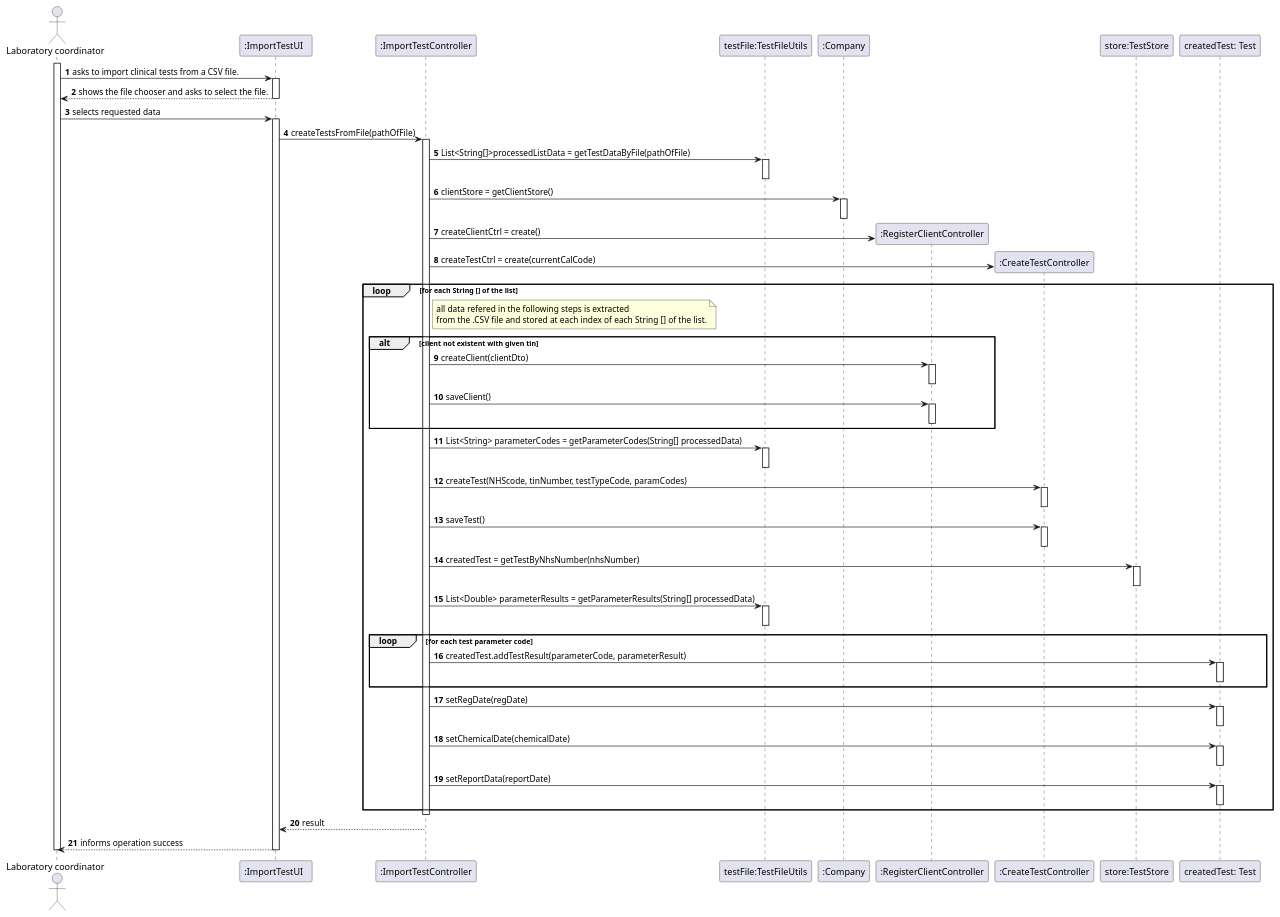
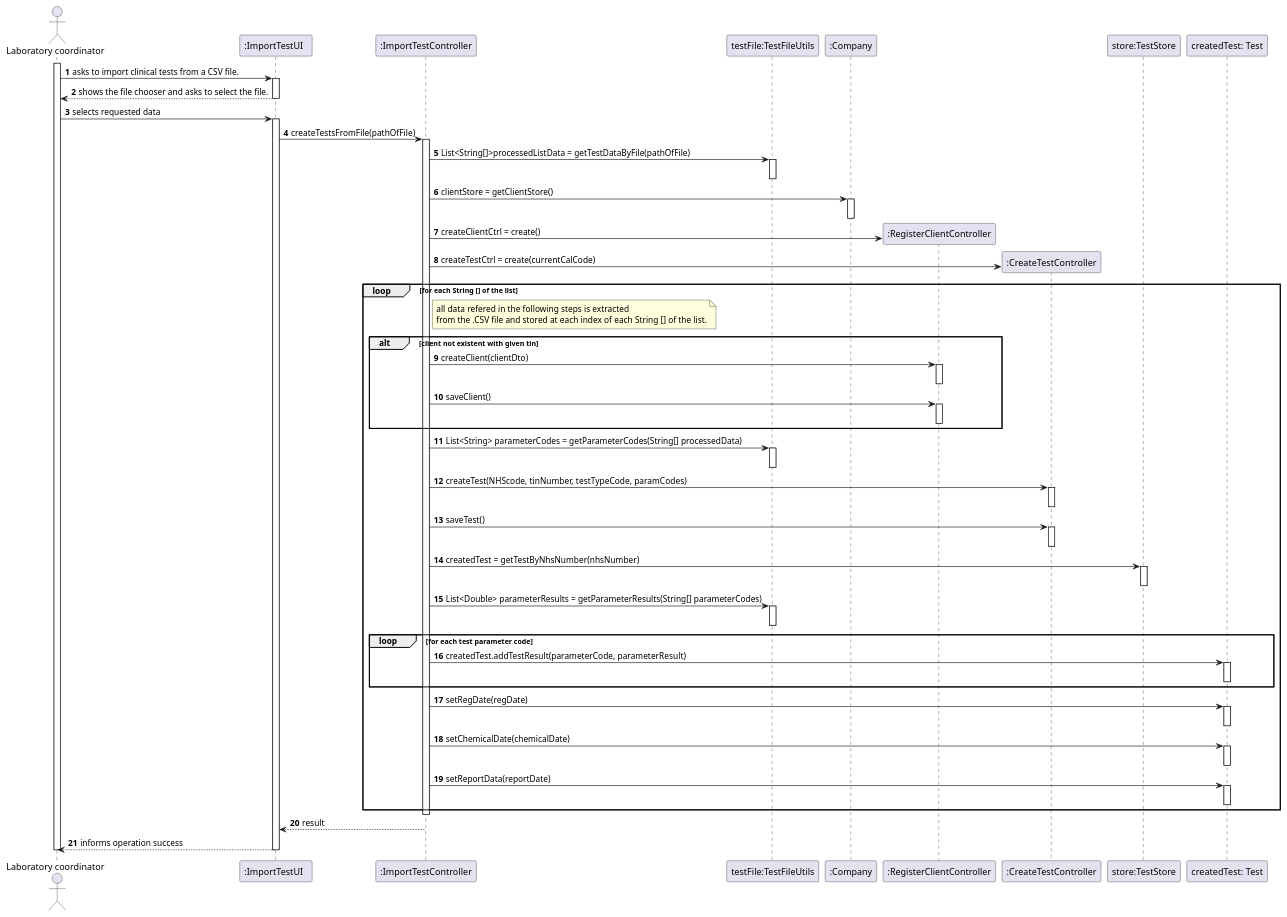
The diagram in docs/SprintD/US_17/US17_SD.puml (ana-albergaria/LAPR2-ISEP), drawn with PlantUML before and after one commit. The commit also changed 16 other files, not shown here.

```diff
--- a/docs/SprintD/US_17/US17_SD.puml
+++ b/docs/SprintD/US_17/US17_SD.puml
@@ -1,121 +1,121 @@
 @startuml
 autonumber
 'hide footbox
 actor "Laboratory coordinator" as ADM
 
 participant ":ImportTestUI  " as UI
 participant ":ImportTestController" as CTRL
 participant "testFile:TestFileUtils" as TST
 participant "List<Test>:" as TST
 participant ":Company" as PLAT
 participant ":RegisterClientController" as CLIENT_CTRL
 participant ":CreateTestController" as ORG
 participant "store:TestStore" as TEST_STORE
 participant "createdTest: Test" as CREATED_TEST
 
 
 activate ADM
 ADM -> UI : asks to import clinical tests from a CSV file.
 activate UI
 
 
 UI --> ADM : shows the file chooser and asks to select the file.
 deactivate UI
 
 
 ADM -> UI : selects requested data
 activate UI
 UI -> CTRL : createTestsFromFile(pathOfFile)
 activate CTRL
 
 CTRL -> TST : List<String[]>processedListData = getTestDataByFile(pathOfFile)
 activate TST
 deactivate TST
 
 /'
 CTRL -> TEST_LIST** : create()
 '/
 
 
 CTRL -> PLAT : clientStore = getClientStore()
 activate PLAT
 deactivate PLAT
 
 CTRL -> CLIENT_CTRL** : createClientCtrl = create()
 
 
 CTRL -> ORG** : createTestCtrl = create(currentCalCode)
 
 
 loop for each String [] of the list
 note right of CTRL: all data refered in the following steps is extracted \nfrom the .CSV file and stored at each index of each String [] of the list.
 
 alt client not existent with given tin
 CTRL -> CLIENT_CTRL : createClient(clientDto)
 activate CLIENT_CTRL
 deactivate CLIENT_CTRL
 CTRL -> CLIENT_CTRL : saveClient()
 activate CLIENT_CTRL
 deactivate CLIENT_CTRL
 end
 
 CTRL -> TST : List<String> parameterCodes = getParameterCodes(String[] processedData)
 activate TST
 deactivate TST
 
 CTRL -> ORG : createTest(NHScode, tinNumber, testTypeCode, paramCodes)
 activate ORG
 deactivate ORG
 
 CTRL -> ORG : saveTest()
 activate ORG
 deactivate ORG
 
 CTRL -> TEST_STORE : createdTest = getTestByNhsNumber(nhsNumber)
 activate TEST_STORE
 deactivate TEST_STORE
 
-CTRL -> TST : List<Double> parameterResults = getParameterResults(String[] processedData)
+CTRL -> TST : List<Double> parameterResults = getParameterResults(String[] parameterCodes)
 activate TST
 deactivate TST
 
 loop for each test parameter code
 CTRL -> CREATED_TEST : createdTest.addTestResult(parameterCode, parameterResult)
 activate CREATED_TEST
 deactivate CREATED_TEST
 end
 
 CTRL -> CREATED_TEST : setRegDate(regDate)
 activate CREATED_TEST
 deactivate CREATED_TEST
 
 CTRL -> CREATED_TEST : setChemicalDate(chemicalDate)
 activate CREATED_TEST
 deactivate CREATED_TEST
 
 CTRL -> CREATED_TEST : setReportData(reportDate)
 activate CREATED_TEST
 deactivate CREATED_TEST
 
 /'CTRL -> TEST_LIST : createdTestsList.add(createdTest)
 activate TEST_LIST
 deactivate TEST_LIST'/
 end
 
 /'CTRL -> TEST_LIST : resultSize = createdTestsList.size()
 activate TEST_LIST
 deactivate TEST_LIST'/
 
 
 deactivate CTRL
 
 CTRL --> UI: result
 
 UI --> ADM : informs operation success
 deactivate ORG
 deactivate CTRL
 deactivate UI
 
 deactivate ADM
 
 @enduml
```
